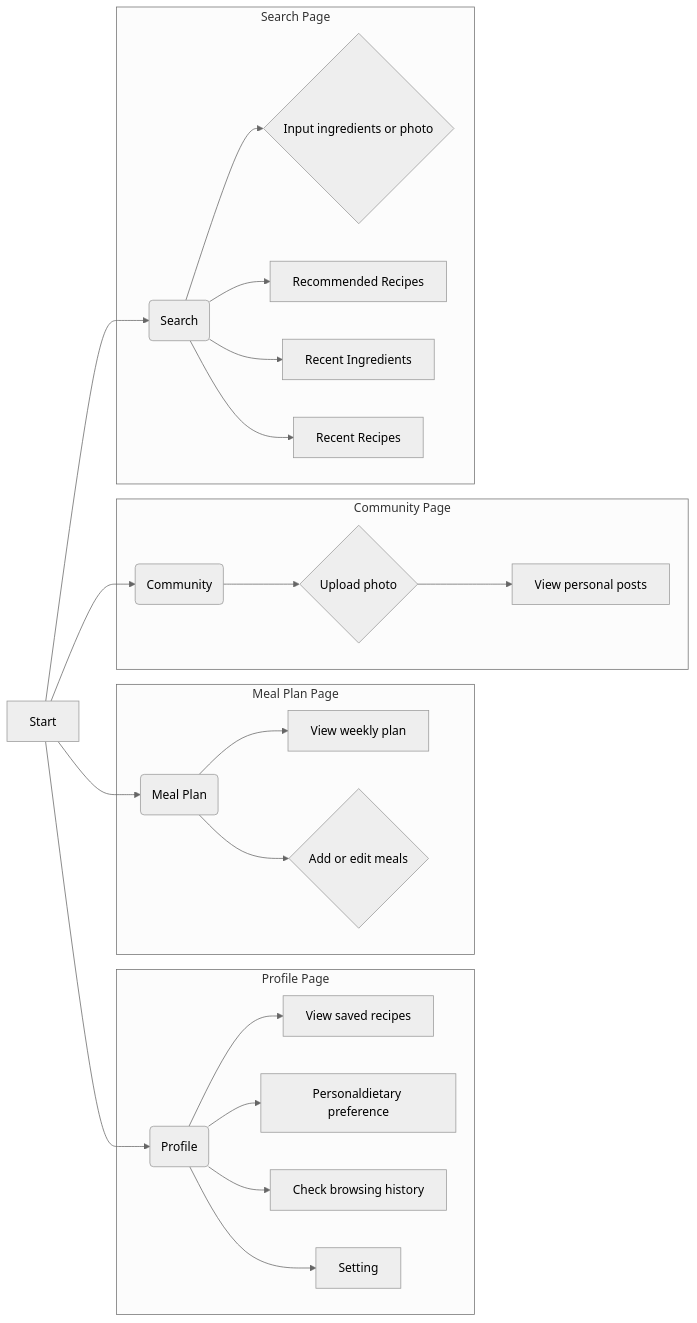
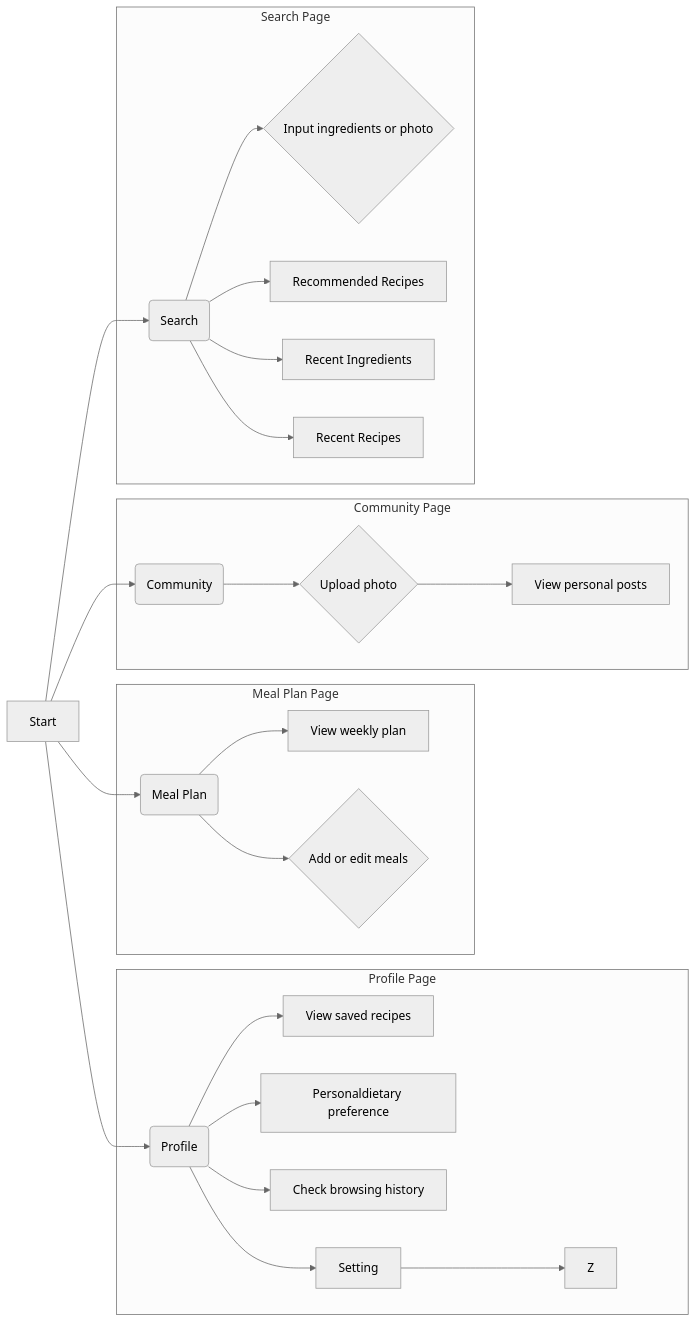
The diagram in all/未命名-2.md (seven8301/iodraw-files), drawn with Mermaid (neutral theme) before and after one commit.

Commit message:
2025-04-09 19:27:53 update

````diff
--- a/all/未命名-2.md
+++ b/all/未命名-2.md
@@ -1,32 +1,32 @@
 ```mermaid
 graph LR
     A[Start] --> B(Search);
     A --> C(Community);
     A --> D(Meal Plan);
     A --> E(Profile);
 
     
     subgraph "Profile Page"
         E --> L[View saved recipes];
         E --> Q[Personaldietary preference];
         E --> M[Check browsing history];
         E --> P[Setting];
-        P
+        P --> Z
 
         
     end
       subgraph "Meal Plan Page"
         D --> J[View weekly plan];
         D --> K{Add or edit meals};
     end
      subgraph "Community Page"
         C --> H{Upload photo};
         H --> I[View personal posts];
     end
     subgraph "Search Page"
         B --> F{Input ingredients or photo};
         B --> G[Recommended Recipes];
         B --> N[Recent Ingredients];
         B --> O[Recent Recipes];
     end
 ```
````
